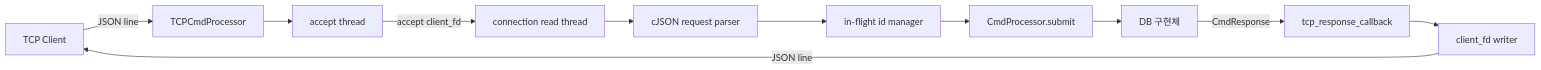
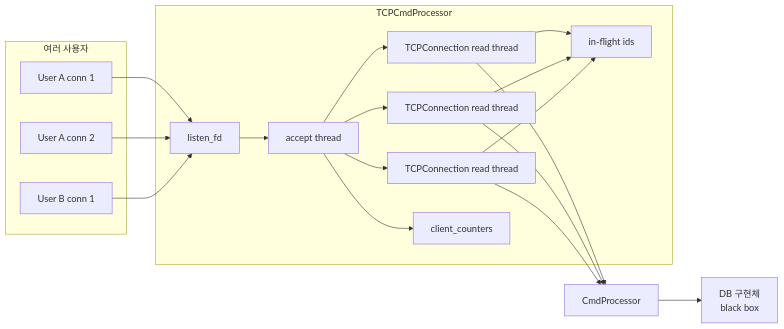
One commit to Wish-Upon-A-Star/SQL-B-Tree changed the first of 5 diagrams in docs/sijun-yang/004_tcp_cmd_processor_architecture_flow.md. Above: the diagram before and after it, drawn with Mermaid. The commit also changed other lines of this file, not shown here.

Commit message:
docs: clarify TCP command processor flow

````diff
--- a/docs/sijun-yang/004_tcp_cmd_processor_architecture_flow.md
+++ b/docs/sijun-yang/004_tcp_cmd_processor_architecture_flow.md
@@ -5,24 +55,37 @@
 ```mermaid
 flowchart LR
-    Client[TCP Client]
-    Server[TCPCmdProcessor]
-    Accept[accept thread]
-    Conn[connection read thread]
-    Parser[cJSON request parser]
-    Inflight[in-flight id manager]
-    Cmd[CmdProcessor.submit]
-    DB[DB 구현체]
-    Callback[tcp_response_callback]
-    Writer[client_fd writer]
+    subgraph Clients[여러 사용자]
+        A1[User A conn 1]
+        A2[User A conn 2]
+        B1[User B conn 1]
+    end
 
-    Client -- JSON line --> Server
-    Server --> Accept
-    Accept -- accept client_fd --> Conn
-    Conn --> Parser
-    Parser --> Inflight
-    Inflight --> Cmd
-    Cmd --> DB
-    DB -- CmdResponse --> Callback
-    Callback --> Writer
-    Writer -- JSON line --> Client
+    subgraph TCP[TCPCmdProcessor]
+        Listen[listen_fd]
+        Accept[accept thread]
+        Conn1[TCPConnection read thread]
+        Conn2[TCPConnection read thread]
+        Conn3[TCPConnection read thread]
+        Counters[client_counters]
+        Inflight[in-flight ids]
+    end
+
+    Processor[CmdProcessor]
+    DB[DB 구현체<br/>black box]
+
+    A1 --> Listen
+    A2 --> Listen
+    B1 --> Listen
+    Listen --> Accept
+    Accept --> Conn1
+    Accept --> Conn2
+    Accept --> Conn3
+    Accept --> Counters
+    Conn1 --> Inflight
+    Conn2 --> Inflight
+    Conn3 --> Inflight
+    Conn1 --> Processor
+    Conn2 --> Processor
+    Conn3 --> Processor
+    Processor --> DB
 ```
````
